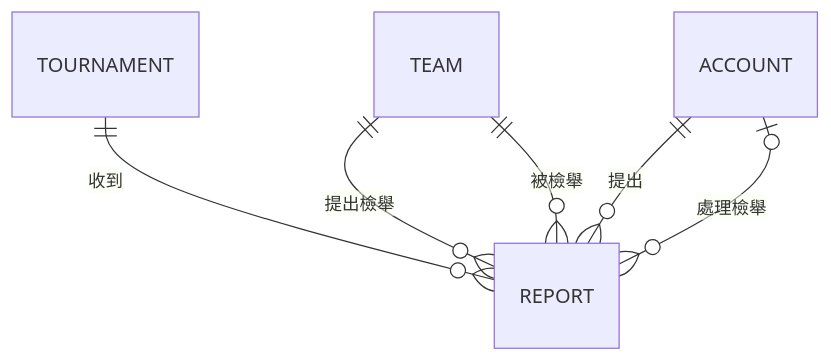
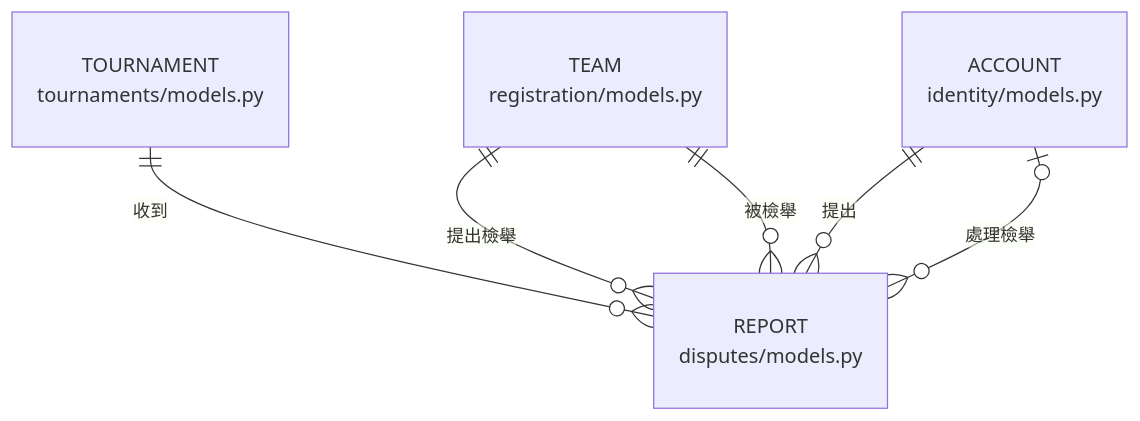
Diagram 11 of 19 in docs/midterm/B-軟體需求分析文件.md (Team14good/esport-platform), drawn with Mermaid before and after one commit. The commit also changed other lines of this file and 27 other files, not shown here.

First line of the commit message:
docs: B、C、D 其餘的圖全部對照程式標註 (#92)

````diff
--- a/docs/midterm/B-軟體需求分析文件.md
+++ b/docs/midterm/B-軟體需求分析文件.md
@@ -793,8 +825,12 @@
 ```mermaid
 erDiagram
+  TOURNAMENT["TOURNAMENT<br/>tournaments/models.py"]
+  REPORT["REPORT<br/>disputes/models.py"]
+  TEAM["TEAM<br/>registration/models.py"]
+  ACCOUNT["ACCOUNT<br/>identity/models.py"]
   TOURNAMENT ||--o{ REPORT : "收到"
   TEAM ||--o{ REPORT : "提出檢舉"
   TEAM ||--o{ REPORT : "被檢舉"
   ACCOUNT ||--o{ REPORT : "提出"
   ACCOUNT |o--o{ REPORT : "處理檢舉"
 ```
````
